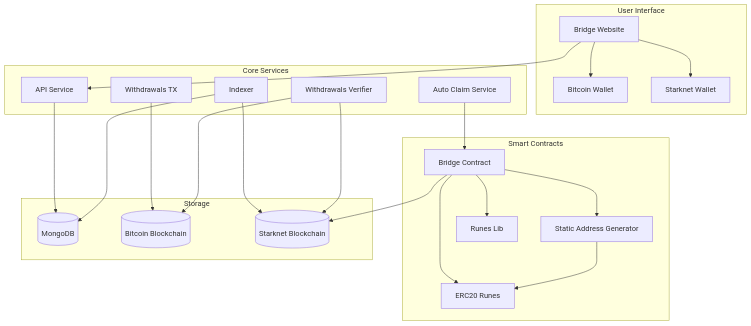
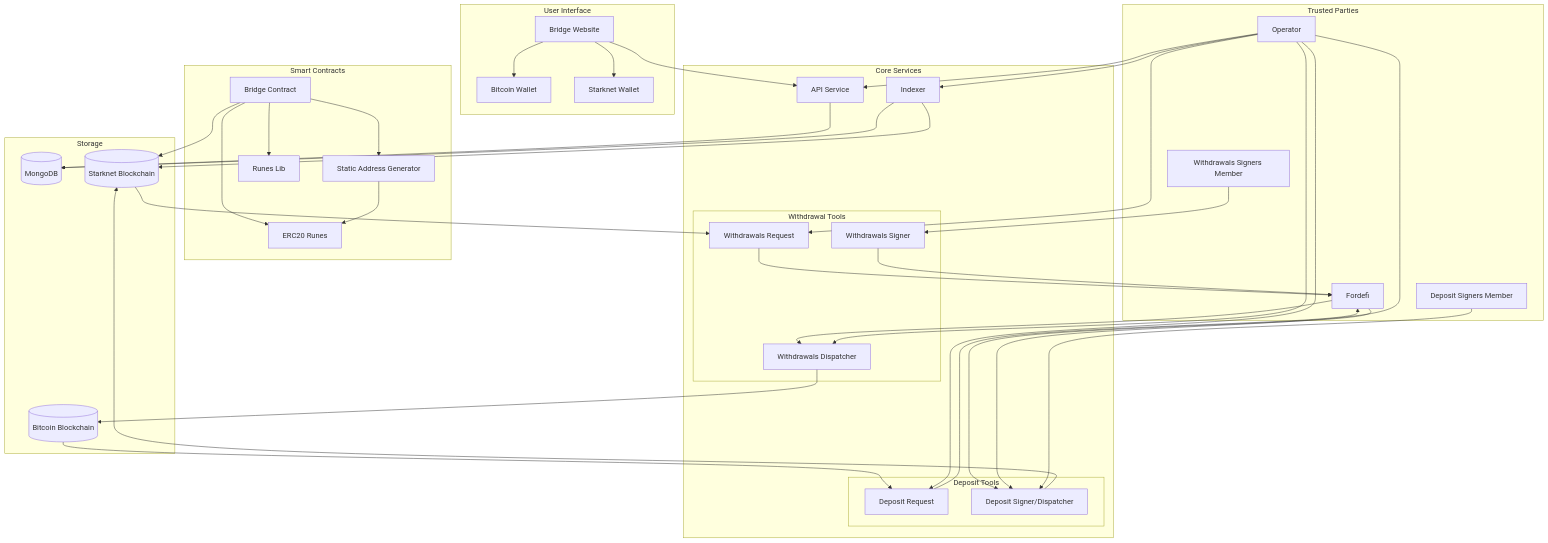
The diagram in pages/runes/introduction.mdx (lfglabs-dev/bitcoin-on-starknet.com), drawn with Mermaid before and after one commit. The commit also changed other lines of this file, not shown here.

Commit message:
feat: update bridge documentation

````diff
--- a/pages/runes/introduction.mdx
+++ b/pages/runes/introduction.mdx
@@ -11,39 +11,70 @@
 ```mermaid
 flowchart TD
     subgraph User Interface
         UI[Bridge Website]
         BW[Bitcoin Wallet]
         SW[Starknet Wallet]
     end
 
+    subgraph Trusted Parties
+        OP[Operator]
+        DSM[Deposit Signers Member]
+        WSM[Withdrawals Signers Member]
+        FD[Fordefi]
+    end
+
     subgraph Core Services
+        subgraph Deposit Tools
+            DR[Deposit Request]
+            DSD[Deposit Signer/Dispatcher]
+        end
+        
+        subgraph Withdrawal Tools
+            WR[Withdrawals Request]
+            WS[Withdrawals Signer]
+            WD[Withdrawals Dispatcher]
+        end
+
         API[API Service]
-        AC[Auto Claim Service]
         IDX[Indexer]
-        WTX[Withdrawals TX]
-        WV[Withdrawals Verifier]
     end
 
     subgraph Smart Contracts
         BC[Bridge Contract]
         ERC[ERC20 Runes]
         SAG[Static Address Generator]
         RL[Runes Lib]
     end
 
     subgraph Storage
         DB[(MongoDB)]
         BB[(Bitcoin Blockchain)]
         SB[(Starknet Blockchain)]
     end
 
     UI --> BW & SW
     UI --> API
     API --> DB
-    AC --> BC
+    BB --> DR
+    DR --> FD
+    FD --> DSD
+    DSD --> SB
+    SB --> WR
+    WR --> FD
+    WS --> FD
+    FD --> WD
+    WD --> BB
     IDX --> DB & SB
-    WTX --> BB
-    WV --> BB & SB
     BC --> ERC & SAG & RL & SB
     SAG --> ERC
+
+    %% Trusted Parties connections
+    OP --> API
+    OP --> IDX
+    OP --> DR
+    OP --> WR
+    OP --> DSD
+    OP --> WD
+    DSM --> DSD
+    WSM --> WS
 ```
````
